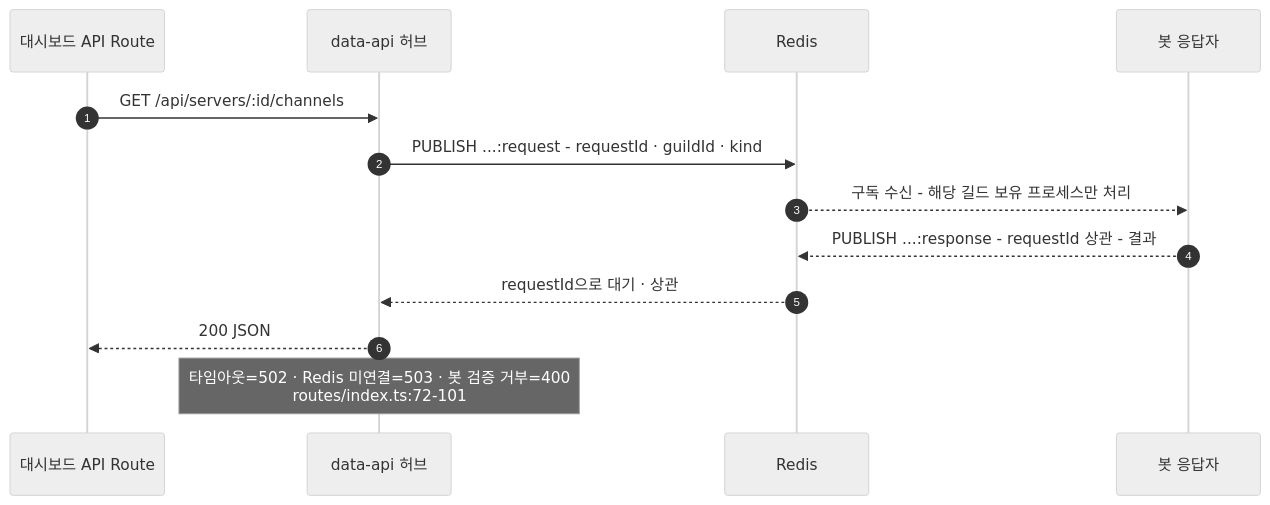
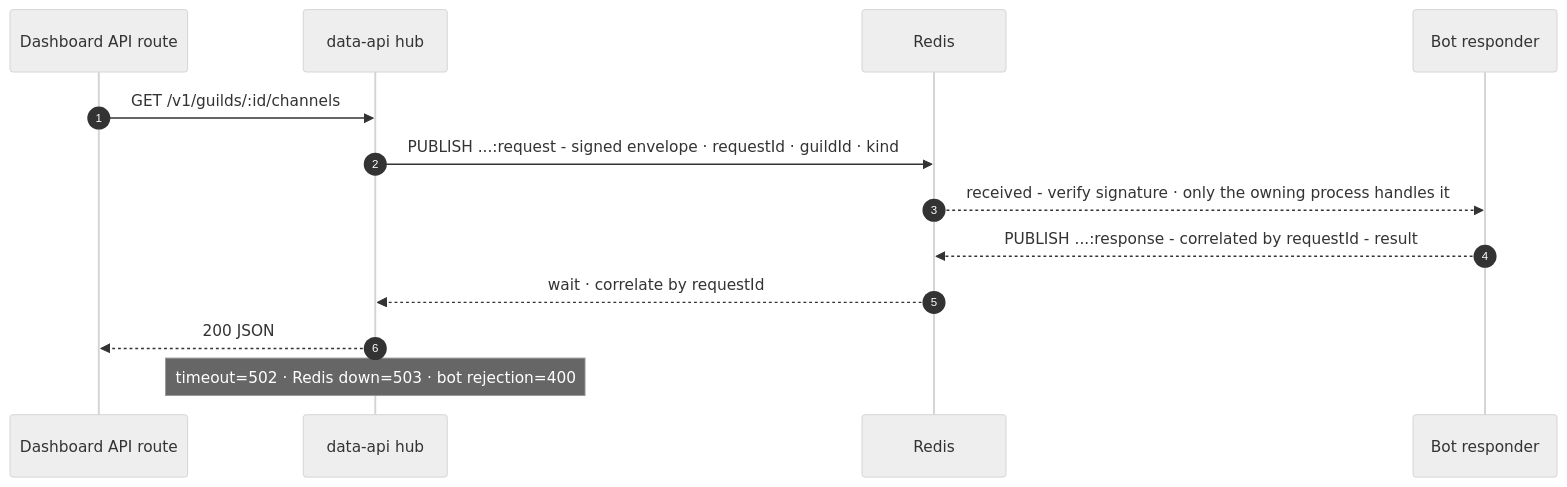
Before and after one commit to mochilabs/SiruBOT: the seventh of 10 diagrams in docs/architecture.md, drawn with Mermaid (neutral theme). The commit also changed other lines of this file and 63 other files, not shown here.

````diff
--- a/docs/architecture.md
+++ b/docs/architecture.md
@@ -362,16 +382,16 @@
 ```mermaid
 sequenceDiagram
     autonumber
-    participant W as 대시보드 API Route
-    participant DA as data-api 허브
+    participant W as Dashboard API route
+    participant DA as data-api hub
     participant R as Redis
-    participant B as 봇 응답자
+    participant B as Bot responder
 
-    W->>DA: GET /api/servers/:id/channels
-    DA->>R: PUBLISH ...:request - requestId · guildId · kind
-    R-->>B: 구독 수신 - 해당 길드 보유 프로세스만 처리
-    B-->>R: PUBLISH ...:response - requestId 상관 - 결과
-    R-->>DA: requestId으로 대기 · 상관
+    W->>DA: GET /v1/guilds/:id/channels
+    DA->>R: PUBLISH ...:request - signed envelope · requestId · guildId · kind
+    R-->>B: received - verify signature · only the owning process handles it
+    B-->>R: PUBLISH ...:response - correlated by requestId - result
+    R-->>DA: wait · correlate by requestId
     DA-->>W: 200 JSON
-    Note over DA: 타임아웃=502 · Redis 미연결=503 · 봇 검증 거부=400<br/>routes/index.ts:72-101
+    Note over DA: timeout=502 · Redis down=503 · bot rejection=400
 ```
````
